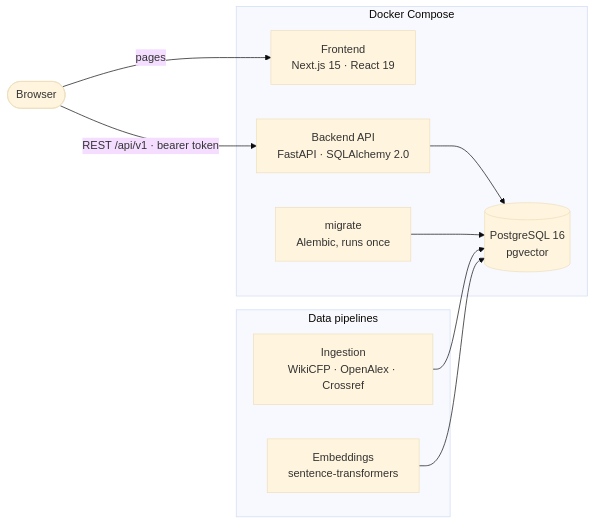
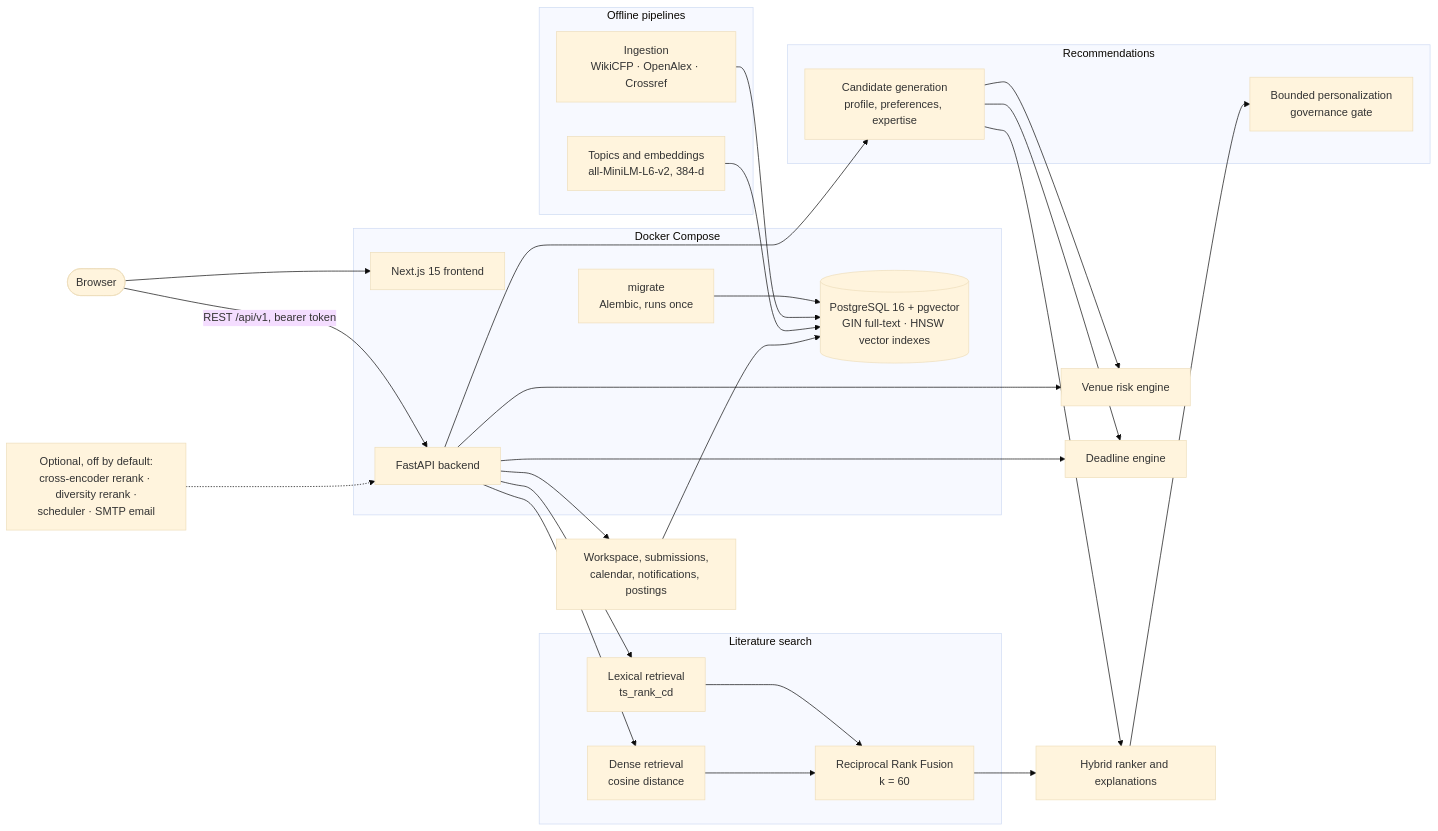
Before and after one commit to FuricBond/Research-Connect-AI: the diagram in README.md, drawn with Mermaid (base theme). The commit also changed other lines of this file, not shown here.

Commit message:
README: a full rewrite, checked against the code

````diff
--- a/README.md
+++ b/README.md
@@ -88,23 +155,46 @@
 ```mermaid
 flowchart LR
-    user([Browser])
+    browser([Browser])
 
-    subgraph compose [Docker Compose]
-        fe["Frontend<br/>Next.js 15 · React 19"]
-        api["Backend API<br/>FastAPI · SQLAlchemy 2.0"]
-        db[("PostgreSQL 16<br/>pgvector")]
+    subgraph stack [Docker Compose]
+        fe["Next.js 15 frontend"]
+        api["FastAPI backend"]
+        db[("PostgreSQL 16 + pgvector<br/>GIN full-text · HNSW vector indexes")]
         mig["migrate<br/>Alembic, runs once"]
     end
 
-    subgraph data [Data pipelines]
+    subgraph offline [Offline pipelines]
         ingest["Ingestion<br/>WikiCFP · OpenAlex · Crossref"]
-        embed["Embeddings<br/>sentence-transformers"]
+        embed["Topics and embeddings<br/>all-MiniLM-L6-v2, 384-d"]
     end
 
-    user -- pages --> fe
-    user -- "REST /api/v1 · bearer token" --> api
-    api --> db
+    subgraph search [Literature search]
+        lex["Lexical retrieval<br/>ts_rank_cd"]
+        vec["Dense retrieval<br/>cosine distance"]
+        rrf["Reciprocal Rank Fusion<br/>k = 60"]
+    end
+
+    subgraph recs [Recommendations]
+        cand["Candidate generation<br/>profile, preferences, expertise"]
+        pers["Bounded personalization<br/>governance gate"]
+    end
+
+    rank["Hybrid ranker and explanations"]
+    risk["Venue risk engine"]
+    dl["Deadline engine"]
+    work["Workspace, submissions,<br/>calendar, notifications, postings"]
+    opt["Optional, off by default:<br/>cross-encoder rerank · diversity rerank ·<br/>scheduler · SMTP email"]
+
+    browser --> fe
+    browser -- "REST /api/v1, bearer token" --> api
     mig --> db
     ingest --> db
     embed --> db
+    api --> lex & vec
+    lex & vec --> rrf --> rank
+    api --> cand --> rank --> pers
+    cand --> risk & dl
+    api --> risk & dl & work
+    work --> db
+    opt -.-> api
 ```
````
